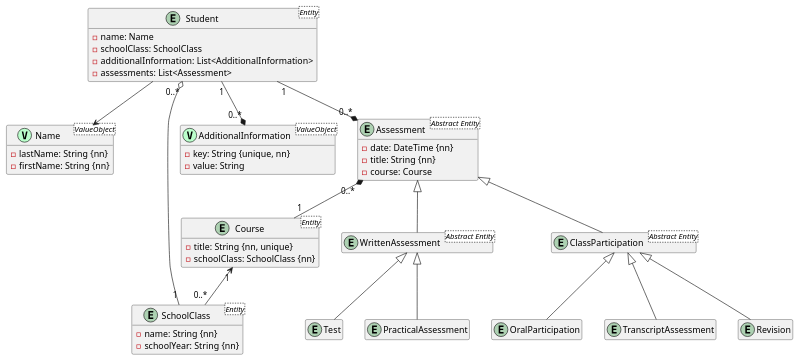
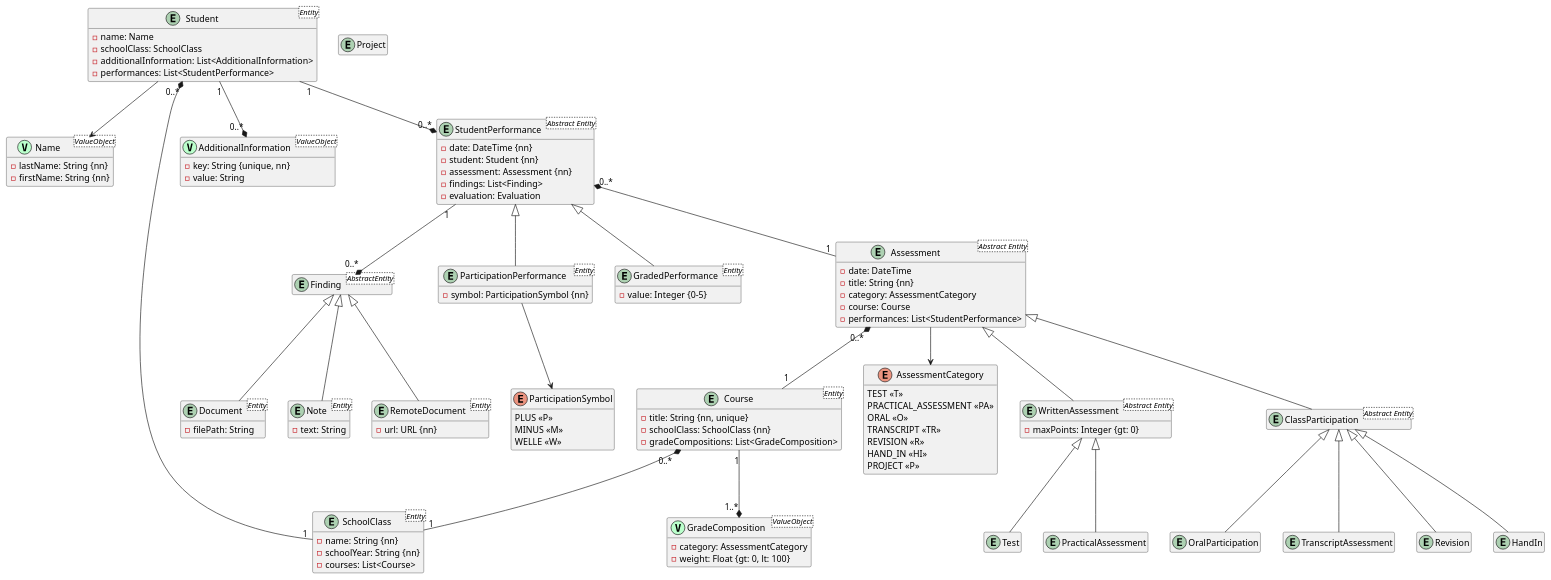
One commit to mfreimueller/grader changed the diagram in puml/diagram.puml. Above: the diagram before and after it, drawn with PlantUML. The commit also changed 2 other files, not shown here.

```diff
--- a/puml/diagram.puml
+++ b/puml/diagram.puml
@@ -1,86 +1,147 @@
 @startuml
 'https://plantuml.com/class-diagram
 
 hide empty attributes
 hide empty methods
+
+enum ParticipationSymbol {
+    PLUS <<P>>
+    MINUS <<M>>
+    WELLE <<W>>
+}
 
 entity Name <ValueObject> <<(V, bbFFcc)>> {
     - lastName: String {nn}
     - firstName: String {nn}
 }
 
 entity SchoolClass <Entity> {
     - name: String {nn}
     - schoolYear: String {nn}
+    - courses: List<Course>
 }
 
 entity Student <Entity> {
     - name: Name
     - schoolClass: SchoolClass
     - additionalInformation: List<AdditionalInformation>
-    - assessments: List<Assessment>
+    - performances: List<StudentPerformance>
 }
 
 entity AdditionalInformation <ValueObject> <<(V, bbFFcc)>> {
     - key: String {unique, nn}
     - value: String
 }
 
+entity StudentPerformance <Abstract Entity> {
+    - date: DateTime {nn}
+    - student: Student {nn}
+    - assessment: Assessment {nn}
+    - findings: List<Finding>
+    - evaluation: Evaluation
+}
+
+entity Finding <AbstractEntity> {
+
+}
+
+entity Document <Entity> {
+    - filePath: String
+}
+
+entity Note <Entity> {
+    - text: String
+}
+
+entity RemoteDocument <Entity> {
+    - url: URL {nn}
+}
+
+entity ParticipationPerformance <Entity> {
+    - symbol: ParticipationSymbol {nn}
+}
+
+entity GradedPerformance <Entity> {
+    - value: Integer {0-5}
+}
+
 entity Assessment <Abstract Entity> {
-    - date: DateTime {nn}
+    - date: DateTime
     - title: String {nn}
+    - category: AssessmentCategory
     - course: Course
+    - performances: List<StudentPerformance>
 }
 
 entity Course <Entity> {
     - title: String {nn, unique}
     - schoolClass: SchoolClass {nn}
+    - gradeCompositions: List<GradeComposition>
+}
+
+entity GradeComposition <ValueObject> <<(V, bbFFcc)>> {
+    - category: AssessmentCategory
+    - weight: Float {gt: 0, lt: 100}
+}
+
+enum AssessmentCategory {
+    TEST <<T>>
+    PRACTICAL_ASSESSMENT <<PA>>
+    ORAL <<O>>
+    TRANSCRIPT <<TR>>
+    REVISION <<R>>
+    HAND_IN <<HI>>
+    PROJECT <<P>>
 }
 
 entity WrittenAssessment <Abstract Entity> {
-
+    - maxPoints: Integer {gt: 0}
 }
 
-entity Test {
-
-}
-
-entity PracticalAssessment {
-
-}
-
-entity ClassParticipation <Abstract Entity> {
-
-}
-
-entity OralParticipation {
-
-}
-
-entity TranscriptAssessment {
-
-}
-
-entity Revision {
-
-}
+entity Test {}
+entity PracticalAssessment {}
+entity ClassParticipation <Abstract Entity> {}
+entity OralParticipation {}
+entity TranscriptAssessment {}
+entity Revision {}
+entity HandIn {}
+entity Project {}
 
 ' Relationships
 
 Student --> Name
 Student "1" --* "0..*" AdditionalInformation
 
-Student "0..*" o-- "1" SchoolClass
-Student "1" --* "0..*" Assessment
+Student "0..*" *-- "1" SchoolClass
+Student "1" --* "0..*" StudentPerformance
+StudentPerformance "0..*" *-- "1" Assessment
 Assessment "0..*" *-- "1" Course
-Course "1" <-- "0..*" SchoolClass
+Assessment --> AssessmentCategory
+Course "0..*" *-- "1" SchoolClass
+Course "1" --* "1..*" GradeComposition
+
+StudentPerformance "1" --* "0..*" Finding
+
+ParticipationPerformance --> ParticipationSymbol
+
+' Inheritance
+
+StudentPerformance <|-- ParticipationPerformance
+StudentPerformance <|-- GradedPerformance
+
+
+Finding <|-- Document
+Finding <|-- Note
+Finding <|-- RemoteDocument
+
 
 Assessment <|-- WrittenAssessment
 Assessment <|-- ClassParticipation
 WrittenAssessment <|-- Test
 WrittenAssessment <|-- PracticalAssessment
 ClassParticipation <|-- OralParticipation
 ClassParticipation <|-- TranscriptAssessment
 ClassParticipation <|-- Revision
+ClassParticipation <|-- HandIn
 
 @enduml
```
